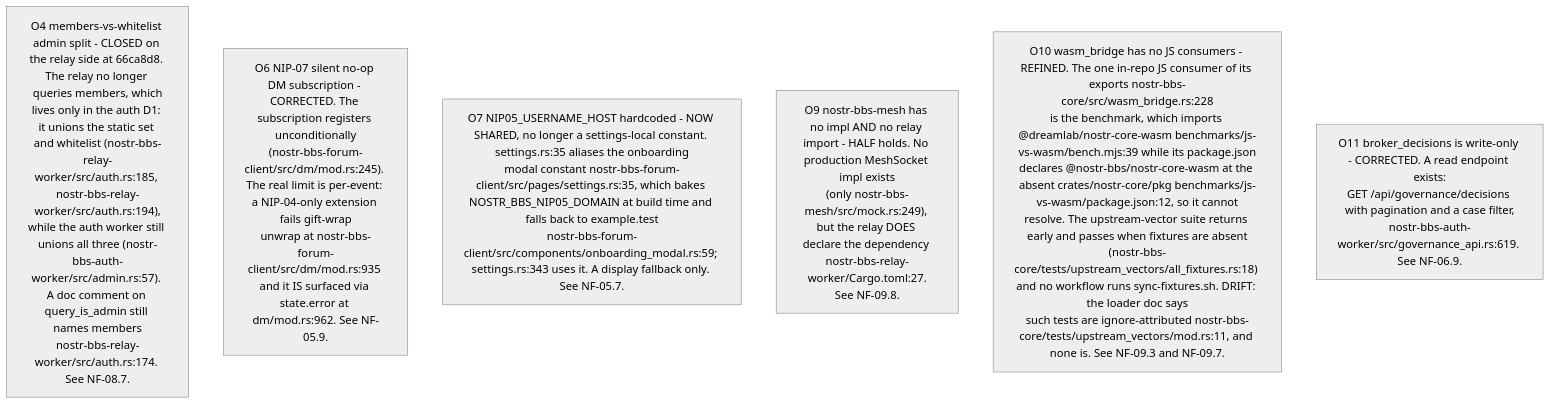
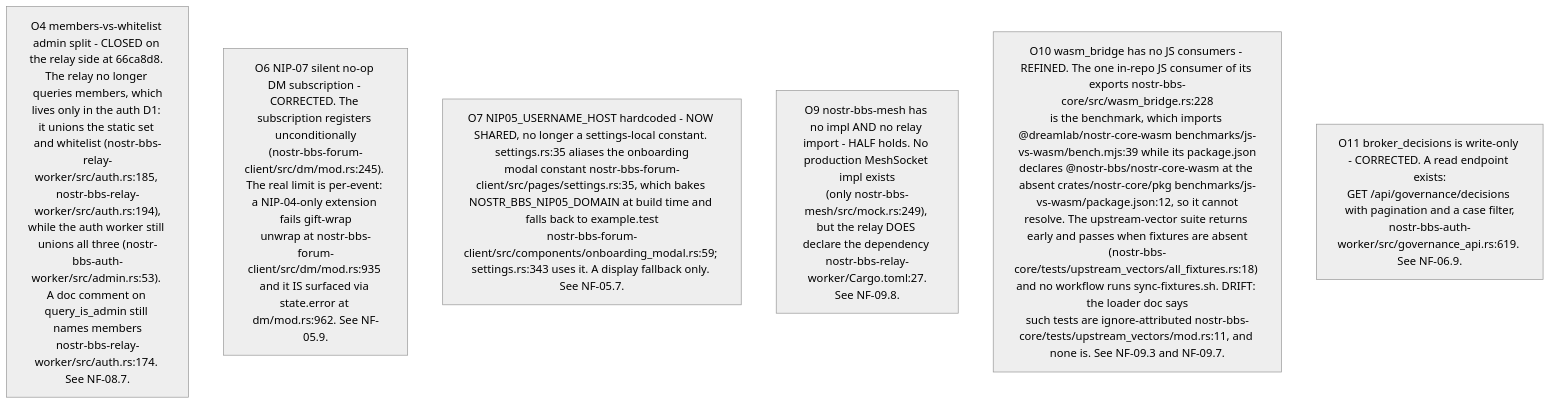
One commit to DreamLab-AI/VisionFlow changed the fourth of 10 diagrams in docs/diagrams/nostr-rust-forum/10-invariants-and-anomaly-register.md. Above: the diagram before and after it, drawn with Mermaid (neutral theme). The commit also changed other lines of this file and 59 other files, not shown here.

First line of the commit message:
docs(diagrams): re-derive and re-stamp forum, website, pod, ontomark and sealmap topics

````diff
--- a/docs/diagrams/nostr-rust-forum/10-invariants-and-anomaly-register.md
+++ b/docs/diagrams/nostr-rust-forum/10-invariants-and-anomaly-register.md
@@ -128,9 +128,9 @@
 ```mermaid
 flowchart TB
-    O4["O4 members-vs-whitelist admin split - CLOSED on the relay side at 66ca8d8. The relay no longer queries members, which<br/>lives only in the auth D1: it unions the static set and whitelist (nostr-bbs-relay-worker/src/auth.rs:185, nostr-bbs-relay-worker/src/auth.rs:194),<br/>while the auth worker still unions all three (nostr-bbs-auth-worker/src/admin.rs:57). A doc comment on query_is_admin still names members<br/>nostr-bbs-relay-worker/src/auth.rs:174. See NF-08.7."]
+    O4["O4 members-vs-whitelist admin split - CLOSED on the relay side at 66ca8d8. The relay no longer queries members, which<br/>lives only in the auth D1: it unions the static set and whitelist (nostr-bbs-relay-worker/src/auth.rs:185, nostr-bbs-relay-worker/src/auth.rs:194),<br/>while the auth worker still unions all three (nostr-bbs-auth-worker/src/admin.rs:53). A doc comment on query_is_admin still names members<br/>nostr-bbs-relay-worker/src/auth.rs:174. See NF-08.7."]
     O6["O6 NIP-07 silent no-op DM subscription - CORRECTED. The subscription registers unconditionally<br/>(nostr-bbs-forum-client/src/dm/mod.rs:245). The real limit is per-event: a NIP-04-only extension fails gift-wrap<br/>unwrap at nostr-bbs-forum-client/src/dm/mod.rs:935 and it IS surfaced via state.error at dm/mod.rs:962. See NF-05.9."]
     O7["O7 NIP05_USERNAME_HOST hardcoded - NOW SHARED, no longer a settings-local constant. settings.rs:35 aliases the onboarding<br/>modal constant nostr-bbs-forum-client/src/pages/settings.rs:35, which bakes NOSTR_BBS_NIP05_DOMAIN at build time and falls back to example.test<br/>nostr-bbs-forum-client/src/components/onboarding_modal.rs:59; settings.rs:343 uses it. A display fallback only. See NF-05.7."]
     O9["O9 nostr-bbs-mesh has no impl AND no relay import - HALF holds. No production MeshSocket impl exists<br/>(only nostr-bbs-mesh/src/mock.rs:249), but the relay DOES declare the dependency nostr-bbs-relay-worker/Cargo.toml:27.<br/>See NF-09.8."]
     O10["O10 wasm_bridge has no JS consumers - REFINED. The one in-repo JS consumer of its exports nostr-bbs-core/src/wasm_bridge.rs:228<br/>is the benchmark, which imports @dreamlab/nostr-core-wasm benchmarks/js-vs-wasm/bench.mjs:39 while its package.json<br/>declares @nostr-bbs/nostr-core-wasm at the absent crates/nostr-core/pkg benchmarks/js-vs-wasm/package.json:12, so it cannot<br/>resolve. The upstream-vector suite returns early and passes when fixtures are absent<br/>(nostr-bbs-core/tests/upstream_vectors/all_fixtures.rs:18) and no workflow runs sync-fixtures.sh. DRIFT: the loader doc says<br/>such tests are ignore-attributed nostr-bbs-core/tests/upstream_vectors/mod.rs:11, and none is. See NF-09.3 and NF-09.7."]
     O11c["O11 broker_decisions is write-only - CORRECTED. A read endpoint exists:<br/>GET /api/governance/decisions with pagination and a case filter,<br/>nostr-bbs-auth-worker/src/governance_api.rs:619. See NF-06.9."]
 ```
````
